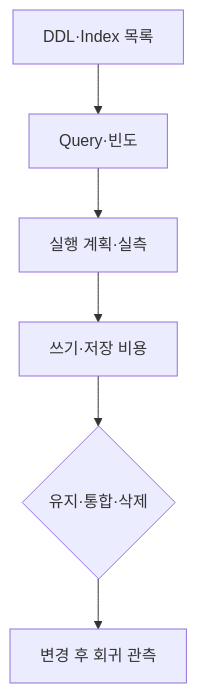
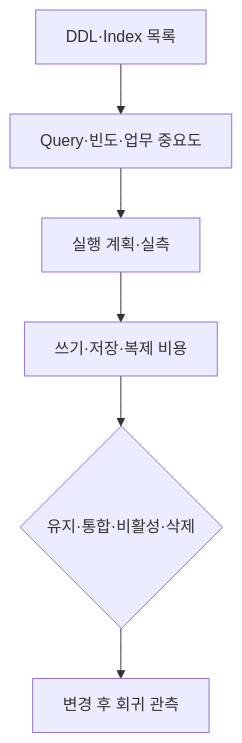
Before and after one commit to hyeongseoblim/systemdesign: the diagram in apps/api/src/main/resources/content/database-13-index-antipattern-review.md, drawn with Mermaid. The commit also changed other lines of this file and 96 other files, not shown here.

````diff
--- a/apps/api/src/main/resources/content/database-13-index-antipattern-review.md
+++ b/apps/api/src/main/resources/content/database-13-index-antipattern-review.md
@@ -24,8 +29,8 @@
 ```mermaid
 flowchart TD
-    D[DDL·Index 목록] --> Q[Query·빈도]
+    D[DDL·Index 목록] --> Q[Query·빈도·업무 중요도]
     Q --> P[실행 계획·실측]
-    P --> W[쓰기·저장 비용]
-    W --> C{유지·통합·삭제}
+    P --> W[쓰기·저장·복제 비용]
+    W --> C{유지·통합·비활성·삭제}
     C --> M[변경 후 회귀 관측]
 ```
````
